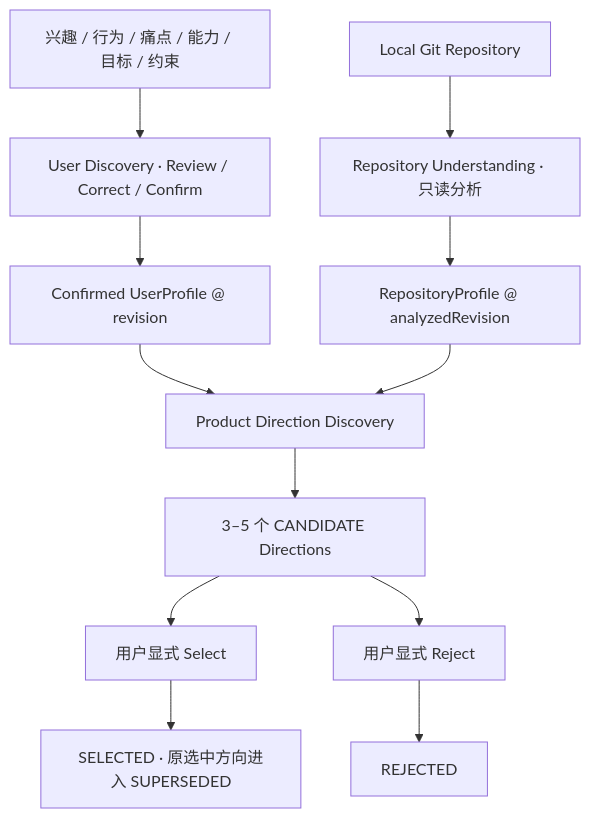
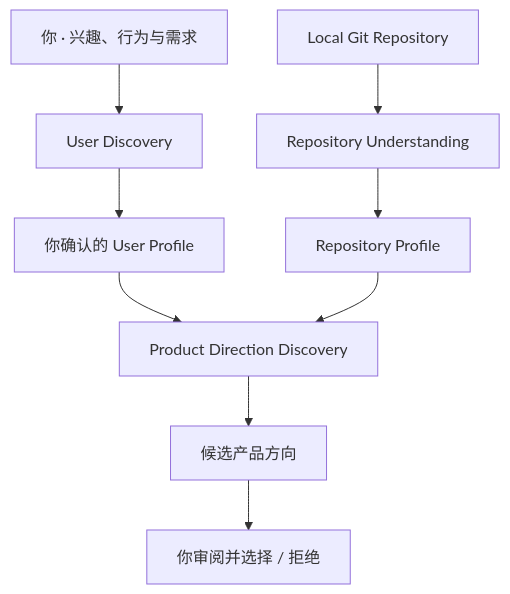
Before and after one commit to ayywl288/DelveForge: the diagram in README.md, drawn with Mermaid. The commit also changed other lines of this file, not shown here.

Commit message:
docs: make README a product-oriented project homepage

````diff
--- a/README.md
+++ b/README.md
@@ -31,14 +46,11 @@
 ```mermaid
 flowchart TD
-    U["兴趣 / 行为 / 痛点 / 能力 / 目标 / 约束"] --> UD["User Discovery · Review / Correct / Confirm"]
-    UD --> UP["Confirmed UserProfile @ revision"]
-    R["Local Git Repository"] --> RU["Repository Understanding · 只读分析"]
-    RU --> RP["RepositoryProfile @ analyzedRevision"]
-    UP --> PD["Product Direction Discovery"]
-    RP --> PD
-    PD --> C["3–5 个 CANDIDATE Directions"]
-    C --> S["用户显式 Select"]
-    C --> X["用户显式 Reject"]
-    S --> A["SELECTED · 原选中方向进入 SUPERSEDED"]
-    X --> B["REJECTED"]
+    U["你 · 兴趣、行为与需求"] --> UD["User Discovery"]
+    UD --> UP["你确认的 User Profile"]
+    R["Local Git Repository"] --> RU["Repository Understanding"]
+    RU --> RP["Repository Profile"]
+    UP --> D["Product Direction Discovery"]
+    RP --> D
+    D --> C["候选产品方向"]
+    C --> S["你审阅并选择 / 拒绝"]
 ```
````
